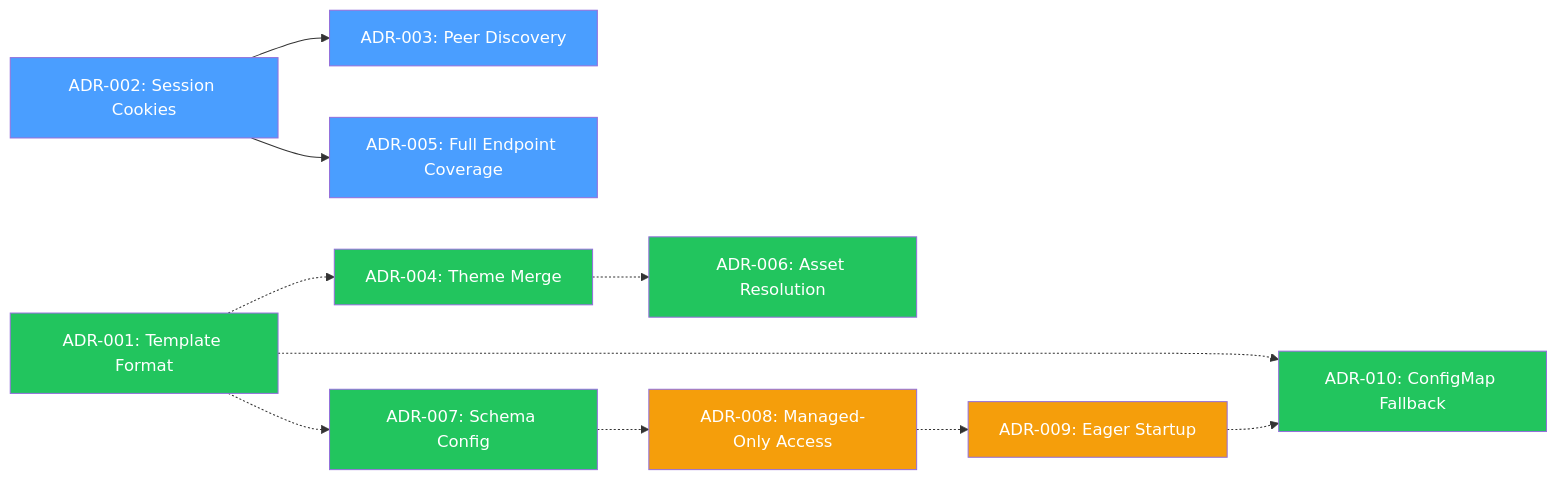
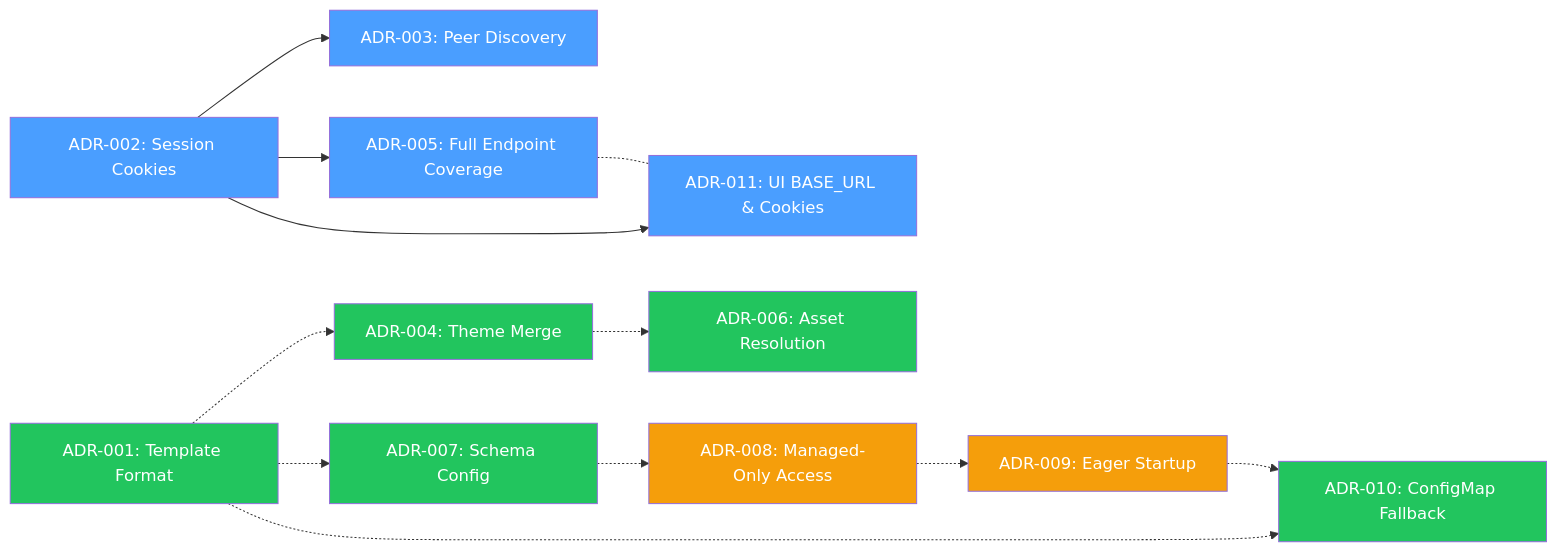
One commit to nogoo9/no-crd changed the diagram in docs/decisions/index.md. Above: the diagram before and after it, drawn with Mermaid. The commit also changed other lines of this file and 11 other files, not shown here.

````diff
--- a/docs/decisions/index.md
+++ b/docs/decisions/index.md
@@ -35,22 +36,25 @@
 ```mermaid
 graph LR
     ADR002["ADR-002: Session Cookies"] --> ADR003["ADR-003: Peer Discovery"]
     ADR002 --> ADR005["ADR-005: Full Endpoint Coverage"]
     ADR001["ADR-001: Template Format"] -.-> ADR004["ADR-004: Theme Merge"]
     ADR004 -.-> ADR006["ADR-006: Asset Resolution"]
     ADR001 -.-> ADR007["ADR-007: Schema Config"]
     ADR007 -.-> ADR008["ADR-008: Managed-Only Access"]
     ADR008 -.-> ADR009["ADR-009: Eager Startup"]
     ADR001 -.-> ADR010["ADR-010: ConfigMap Fallback"]
     ADR009 -.-> ADR010
+    ADR002 --> ADR011["ADR-011: UI BASE_URL & Cookies"]
+    ADR005 -.- ADR011
     style ADR002 fill:#4a9eff,color:#fff
     style ADR003 fill:#4a9eff,color:#fff
     style ADR005 fill:#4a9eff,color:#fff
     style ADR001 fill:#22c55e,color:#fff
     style ADR004 fill:#22c55e,color:#fff
     style ADR006 fill:#22c55e,color:#fff
     style ADR007 fill:#22c55e,color:#fff
     style ADR008 fill:#f59e0b,color:#fff
     style ADR009 fill:#f59e0b,color:#fff
     style ADR010 fill:#22c55e,color:#fff
+    style ADR011 fill:#4a9eff,color:#fff
 ```
````
